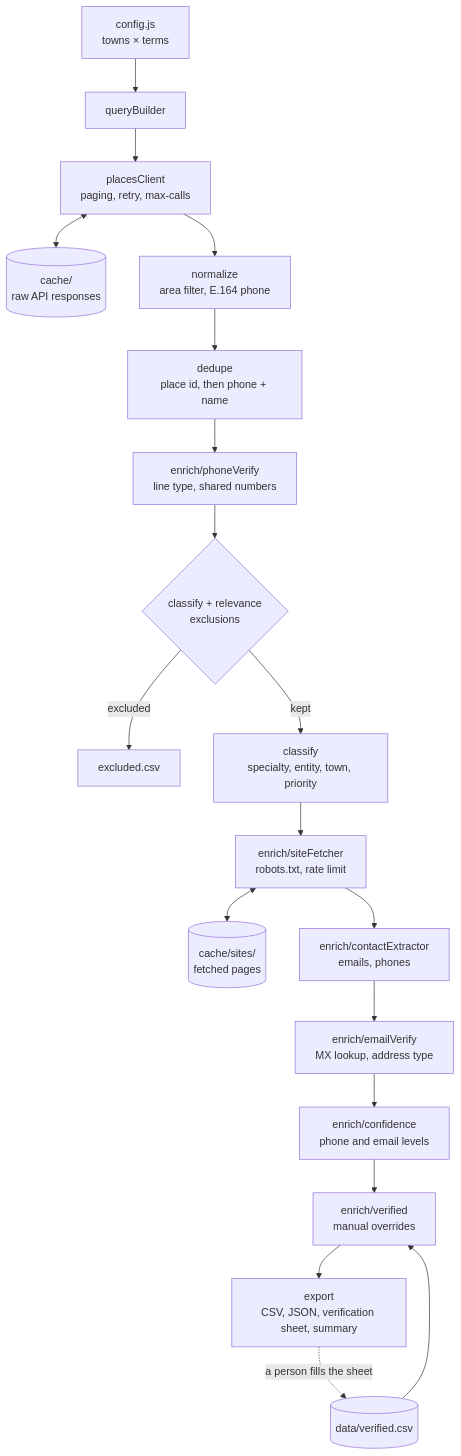
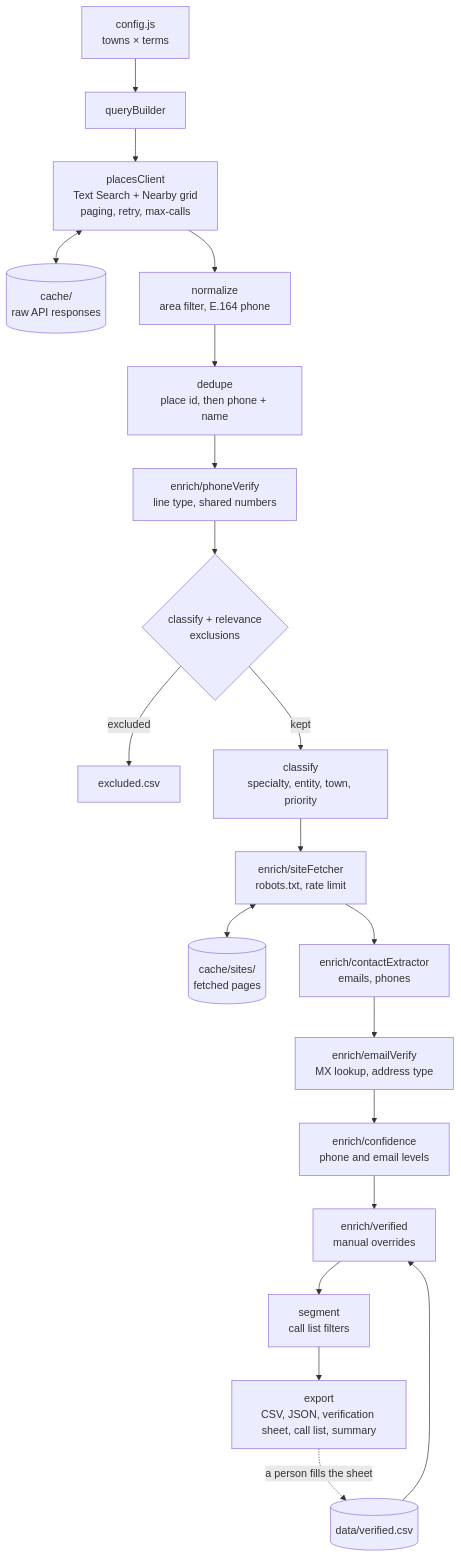
The diagram in README.md (somil14/doctor-leads), drawn with Mermaid before and after one commit. The commit also changed other lines of this file and 16 other files, not shown here.

First line of the commit message:
feat: nearby grid sweep, call list and tighter exclusions

````diff
--- a/README.md
+++ b/README.md
@@ -290,21 +327,22 @@
 ```mermaid
 flowchart TD
     CFG[config.js<br/>towns × terms] --> QB[queryBuilder]
-    QB --> PC[placesClient<br/>paging, retry, max-calls]
+    QB --> PC[placesClient<br/>Text Search + Nearby grid<br/>paging, retry, max-calls]
     PC <--> C1[(cache/<br/>raw API responses)]
     PC --> N[normalize<br/>area filter, E.164 phone]
     N --> D[dedupe<br/>place id, then phone + name]
     D --> PV[enrich/phoneVerify<br/>line type, shared numbers]
     PV --> X{classify + relevance<br/>exclusions}
     X -- excluded --> EX[excluded.csv]
     X -- kept --> CL[classify<br/>specialty, entity, town, priority]
     CL --> SF[enrich/siteFetcher<br/>robots.txt, rate limit]
     SF <--> C2[(cache/sites/<br/>fetched pages)]
     SF --> CE[enrich/contactExtractor<br/>emails, phones]
     CE --> EV[enrich/emailVerify<br/>MX lookup, address type]
     EV --> CO[enrich/confidence<br/>phone and email levels]
     CO --> V[enrich/verified<br/>manual overrides]
     VF[(data/verified.csv)] --> V
-    V --> OUT[export<br/>CSV, JSON, verification sheet, summary]
+    V --> SG[segment<br/>call list filters]
+    SG --> OUT[export<br/>CSV, JSON, verification sheet, call list, summary]
     OUT -. a person fills the sheet .-> VF
 ```
````
